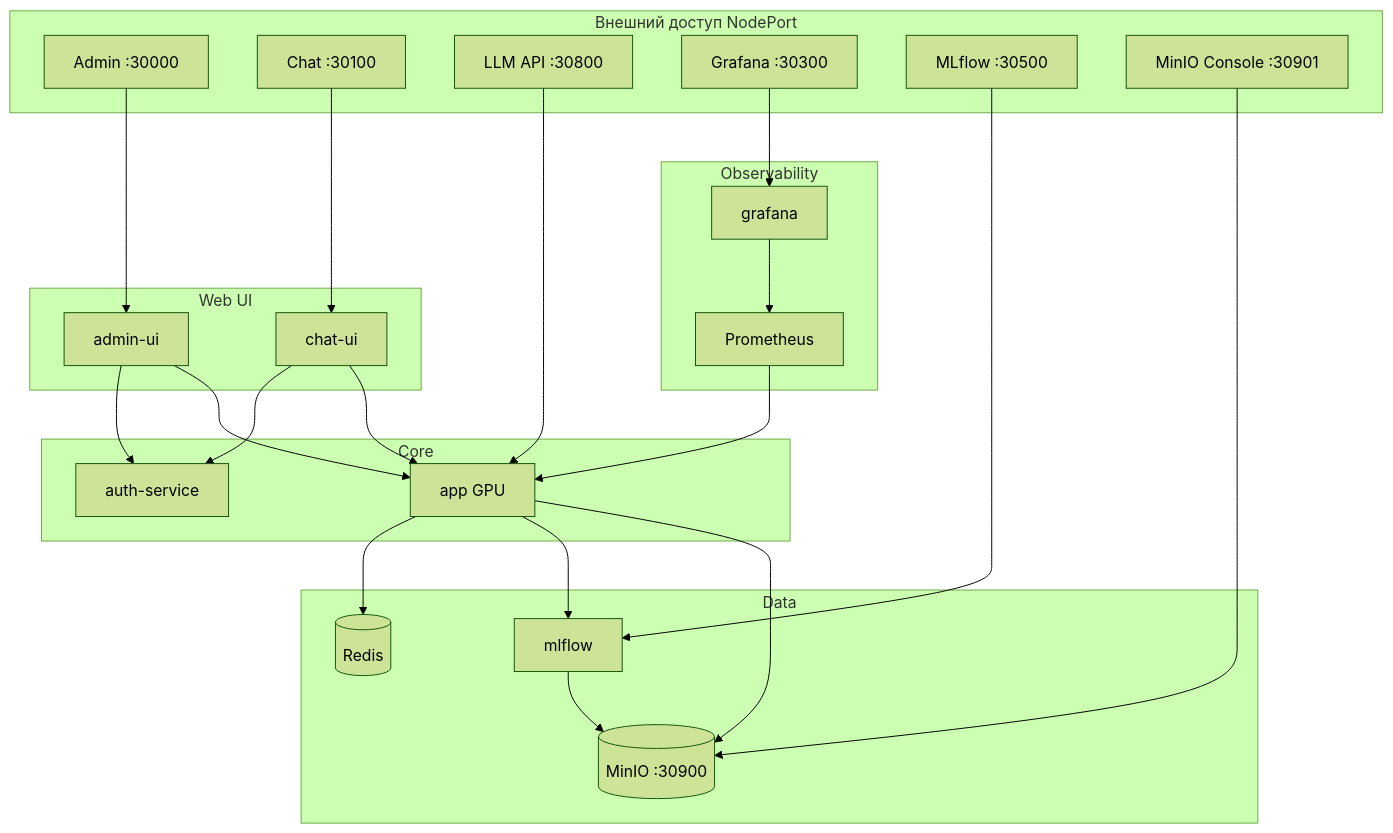
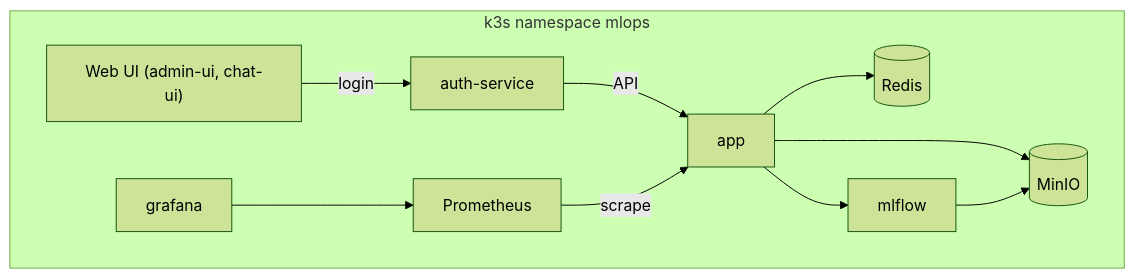
One commit to BiirCommunity/mlops-core changed the second of 2 diagrams in README.md. Above: the diagram before and after it, drawn with Mermaid (forest theme). The commit also changed other lines of this file, not shown here.

Commit message:
Document CI/CD and k3s architecture in README

````diff
--- a/README.md
+++ b/README.md
@@ -9,44 +22,23 @@
 ```mermaid
-flowchart TB
-  subgraph ext [Внешний доступ NodePort]
-    Admin[Admin :30000]
-    Chat[Chat :30100]
-    API[LLM API :30800]
-    GF[Grafana :30300]
-    MLF[MLflow :30500]
-    MNC[MinIO Console :30901]
+flowchart LR
+  subgraph mlops [k3s namespace mlops]
+    direction LR
+    UI["Web UI (admin-ui, chat-ui)"]
+    Auth[auth-service]
+    App[app]
+    Redis[(Redis)]
+    MLflowSvc[mlflow]
+    MinIO[(MinIO)]
+    Graf[grafana]
+    Prom[Prometheus]
+
+    UI -->|login| Auth
+    Auth -->|API| App
+    Graf --> Prom
+    Prom -->|scrape| App
+    App --> Redis
+    App --> MLflowSvc
+    App --> MinIO
+    MLflowSvc --> MinIO
   end
-  subgraph ui [Web UI]
-    AdminUI[admin-ui]
-    ChatUI[chat-ui]
-  end
-  subgraph core [Core]
-    Auth[auth-service]
-    App[app GPU]
-  end
-  subgraph data [Data]
-    Redis[(Redis)]
-    MinIO[(MinIO :30900)]
-    MLflowSvc[mlflow]
-  end
-  subgraph obs [Observability]
-    Prom[Prometheus]
-    Graf[grafana]
-  end
-  Admin --> AdminUI
-  Chat --> ChatUI
-  AdminUI --> Auth
-  AdminUI --> App
-  ChatUI --> Auth
-  ChatUI --> App
-  API --> App
-  GF --> Graf
-  MLF --> MLflowSvc
-  MNC --> MinIO
-  App --> Redis
-  App --> MLflowSvc
-  App --> MinIO
-  MLflowSvc --> MinIO
-  Prom --> App
-  Graf --> Prom
 ```
````
